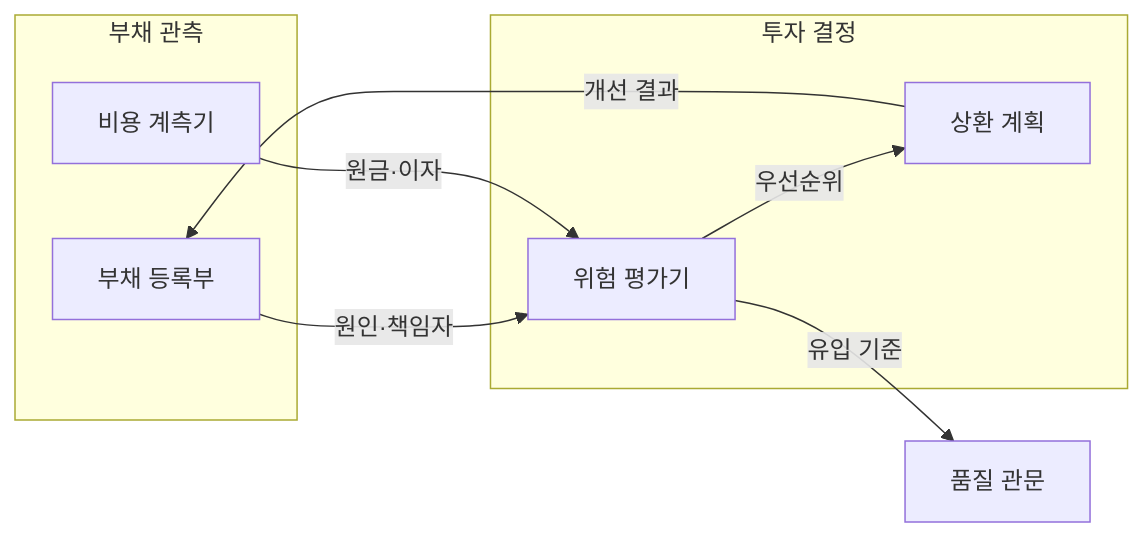
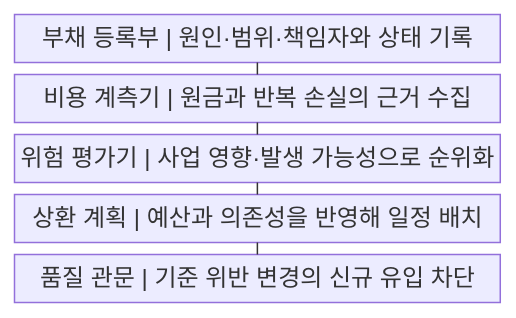
One commit to agnusdei1207/knowledge-base changed the first of 2 diagrams in src/content/docs/notes/03-software/213_technical_debt_measurement.md. Above: the diagram before and after it, drawn with Mermaid. The commit also changed other lines of this file and 20 other files, not shown here.

````diff
--- a/src/content/docs/notes/03-software/213_technical_debt_measurement.md
+++ b/src/content/docs/notes/03-software/213_technical_debt_measurement.md
@@ -50,17 +50,13 @@
 ```mermaid
-flowchart LR
-    subgraph 관측["부채 관측"]
-        A["부채 등록부"]
-        B["비용 계측기"]
-    end
-    subgraph 결정["투자 결정"]
-        C["위험 평가기"]
-        D["상환 계획"]
-    end
-    E["품질 관문"]
-    A -->|원인·책임자| C
-    B -->|원금·이자| C
-    C -->|우선순위| D
-    D -->|개선 결과| A
-    C -->|유입 기준| E
+block
+    columns 1
+    A["부채 등록부 | 원인·범위·책임자와 상태 기록"]
+    B["비용 계측기 | 원금과 반복 손실의 근거 수집"]
+    C["위험 평가기 | 사업 영향·발생 가능성으로 순위화"]
+    D["상환 계획 | 예산과 의존성을 반영해 일정 배치"]
+    E["품질 관문 | 기준 위반 변경의 신규 유입 차단"]
+    A --- B
+    B --- C
+    C --- D
+    D --- E
 ```
````
